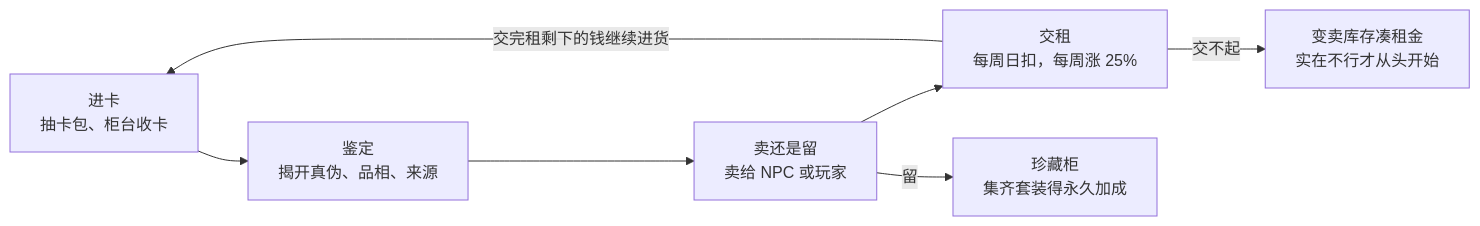
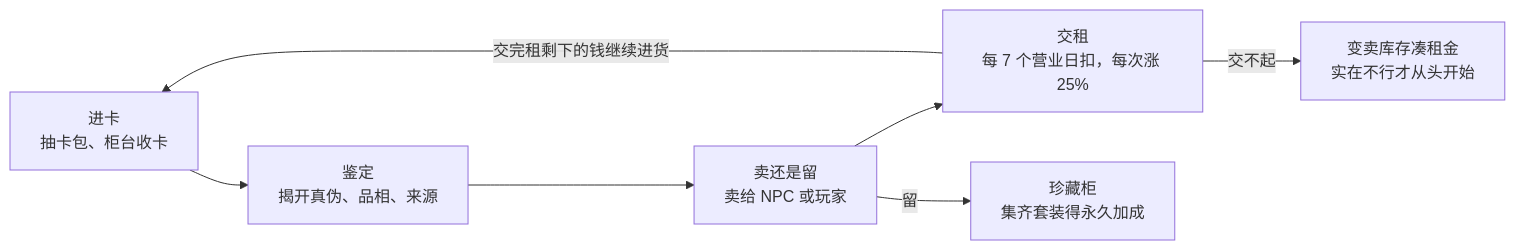
Before and after one commit to JoeyChen-exploration/kanu: the diagram in docs/DESIGN.md, drawn with Mermaid. The commit also changed other lines of this file and 15 other files, not shown here.

````diff
--- a/docs/DESIGN.md
+++ b/docs/DESIGN.md
@@ -29,9 +29,9 @@
 ```mermaid
 flowchart LR
     A[进卡<br/>抽卡包、柜台收卡] --> B[鉴定<br/>揭开真伪、品相、来源]
     B --> C[卖还是留<br/>卖给 NPC 或玩家]
-    C --> D[交租<br/>每周日扣，每周涨 25%]
+    C --> D[交租<br/>每 7 个营业日扣，每次涨 25%]
     D -- 交完租剩下的钱继续进货 --> A
     C -- 留 --> E[珍藏柜<br/>集齐套装得永久加成]
     D -- 交不起 --> F[变卖库存凑租金<br/>实在不行才从头开始]
 ```
````
